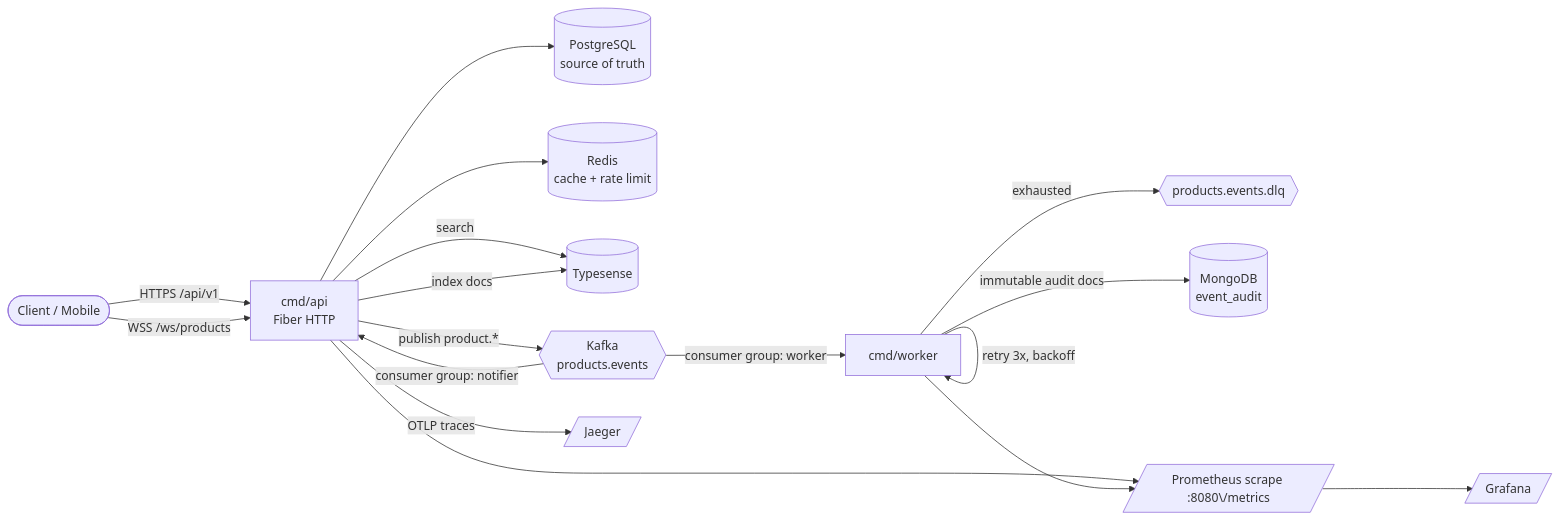
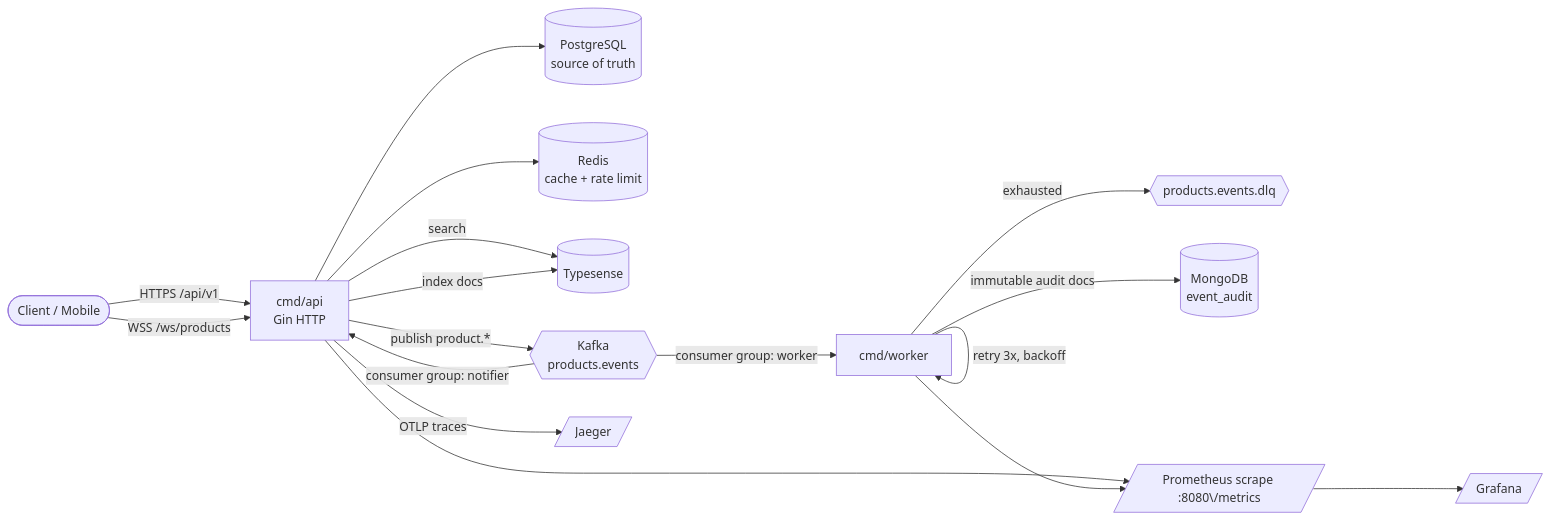
The diagram in README.md (VerdoFanv/go-commerce), drawn with Mermaid before and after one commit. The commit also changed other lines of this file and 41 other files, not shown here.

````diff
--- a/README.md
+++ b/README.md
@@ -28,23 +76,23 @@
 ```mermaid
 flowchart LR
-    Client([Client / Mobile]) -->|HTTPS /api/v1| API[cmd/api<br/>Fiber HTTP]
+    Client([Client / Mobile]) -->|HTTPS /api/v1| API[cmd/api<br/>Gin HTTP]
     Client -->|WSS /ws/products| API
 
     API --> PG[(PostgreSQL<br/>source of truth)]
     API --> Redis[(Redis<br/>cache + rate limit)]
     API -->|search| TS[(Typesense)]
     API -->|index docs| TS
 
     API -->|publish product.*| Kafka{{Kafka<br/>products.events}}
 
     Kafka -->|consumer group: notifier| API
     Kafka -->|consumer group: worker| Worker[cmd/worker]
     Worker -->|retry 3x, backoff| Worker
     Worker -->|exhausted| DLQ{{products.events.dlq}}
     Worker -->|immutable audit docs| Mongo[(MongoDB<br/>event_audit)]
 
     API --> Prom[/Prometheus scrape :8080\/metrics/]
     Worker --> Prom
     API -->|OTLP traces| Jaeger[/Jaeger/]
     Prom --> Grafana[/Grafana/]
 ```
````
